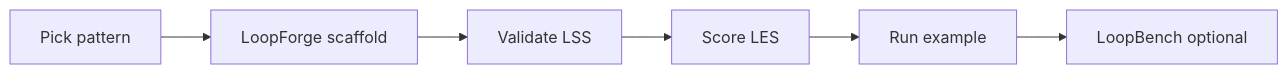
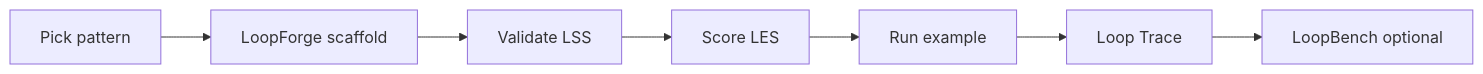
The diagram in contributions/GOLDEN_PATH.md (KanakMalpani/Loop-Engineering), drawn with Mermaid before and after one commit. The commit also changed other lines of this file and 27 other files, not shown here.

````diff
--- a/contributions/GOLDEN_PATH.md
+++ b/contributions/GOLDEN_PATH.md
@@ -14,8 +14,9 @@
 ```mermaid
 flowchart LR
   A[Pick pattern] --> B[LoopForge scaffold]
   B --> C[Validate LSS]
   C --> D[Score LES]
   D --> E[Run example]
-  E --> F[LoopBench optional]
+  E --> T[Loop Trace]
+  T --> F[LoopBench optional]
 ```
````
